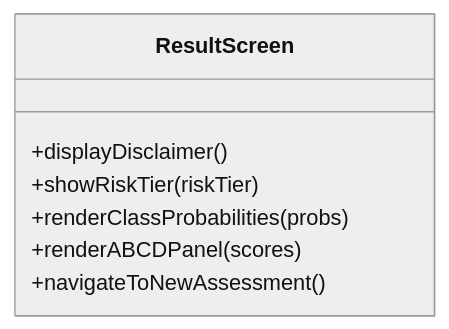
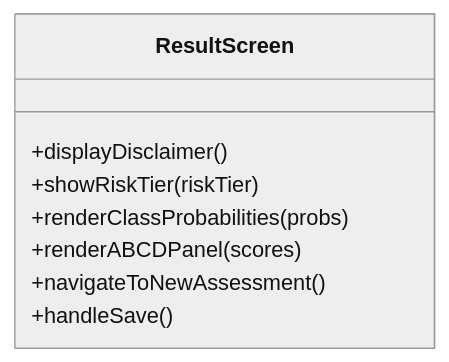
The sixth of 9 diagrams in .qoder/repowiki/en/content/Camera Integration.md (AdeelTahir-SE/DermSight), drawn with Mermaid (neutral theme) before and after one commit. The commit also changed other lines of this file and 43 other files, not shown here.

````diff
--- a/.qoder/repowiki/en/content/Camera Integration.md
+++ b/.qoder/repowiki/en/content/Camera Integration.md
@@ -244,10 +268,11 @@
 ```mermaid
 classDiagram
 class ResultScreen {
 +displayDisclaimer()
 +showRiskTier(riskTier)
 +renderClassProbabilities(probs)
 +renderABCDPanel(scores)
 +navigateToNewAssessment()
++handleSave()
 }
 ```
````
